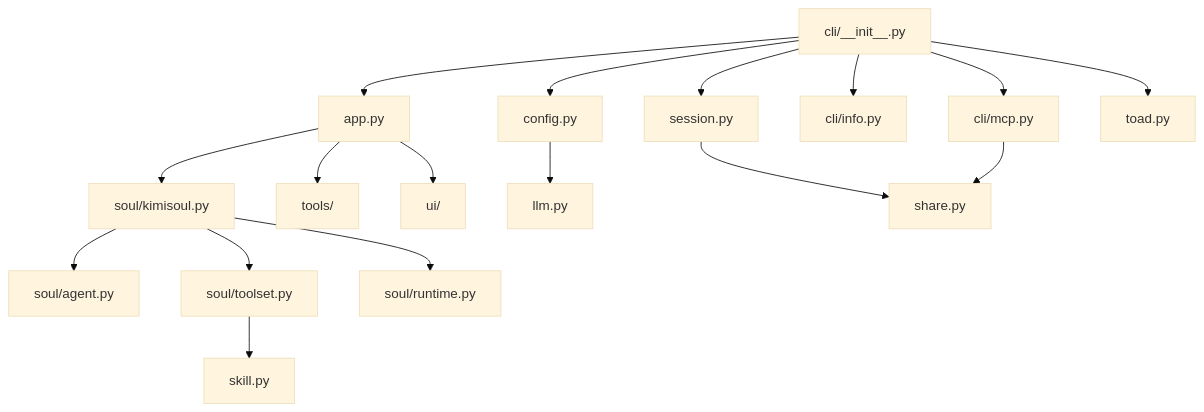
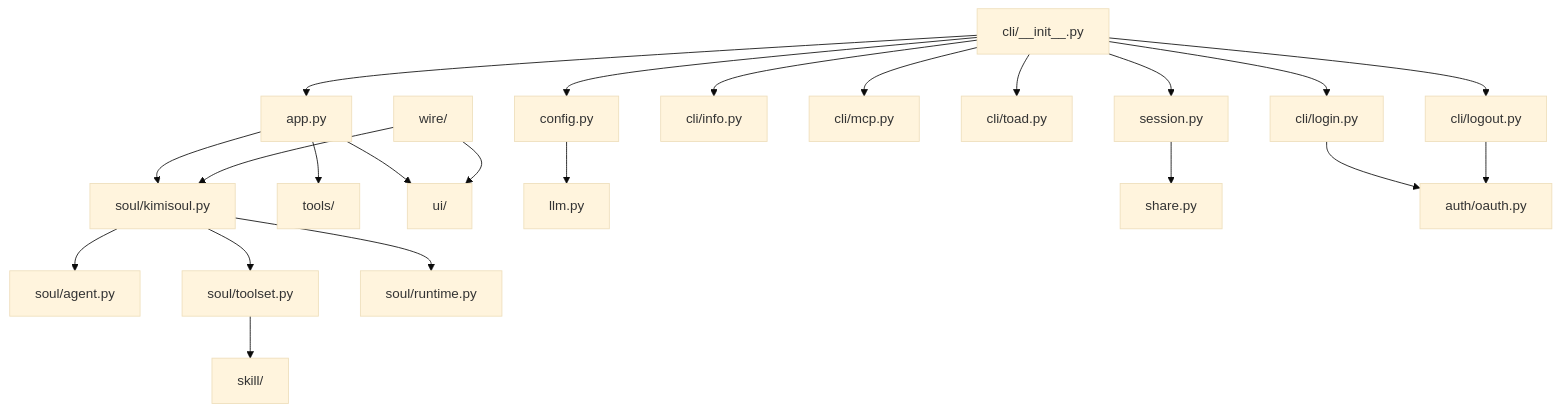
The diagram in src/kimi_cli/CLAUDE.md (afanty2021/kimi-cli), drawn with Mermaid (base theme) before and after one commit. The commit also changed other lines of this file and 5 other files, not shown here.

````diff
--- a/src/kimi_cli/CLAUDE.md
+++ b/src/kimi_cli/CLAUDE.md
@@ -406,19 +524,24 @@
 ```mermaid
 graph TD
     A[cli/__init__.py] --> B[app.py]
     A --> C[config.py]
     A --> D[session.py]
     A --> E[cli/info.py]
     A --> F[cli/mcp.py]
-    A --> G[toad.py]
-    B --> H[soul/kimisoul.py]
-    B --> I[tools/]
-    B --> J[ui/]
-    C --> K[llm.py]
-    D --> L[share.py]
-    H --> M[soul/agent.py]
-    H --> N[soul/toolset.py]
-    H --> O[soul/runtime.py]
-    N --> P[skill.py]
-    F --> L
+    A --> G[cli/toad.py]
+    A --> H[cli/login.py]
+    A --> I[cli/logout.py]
+    B --> J[soul/kimisoul.py]
+    B --> K[tools/]
+    B --> L[ui/]
+    C --> M[llm.py]
+    D --> N[share.py]
+    H --> O[auth/oauth.py]
+    I --> O
+    J --> P[soul/agent.py]
+    J --> Q[soul/toolset.py]
+    J --> R[soul/runtime.py]
+    Q --> S[skill/]
+    T[wire/] --> J
+    T --> L
 ```
````
